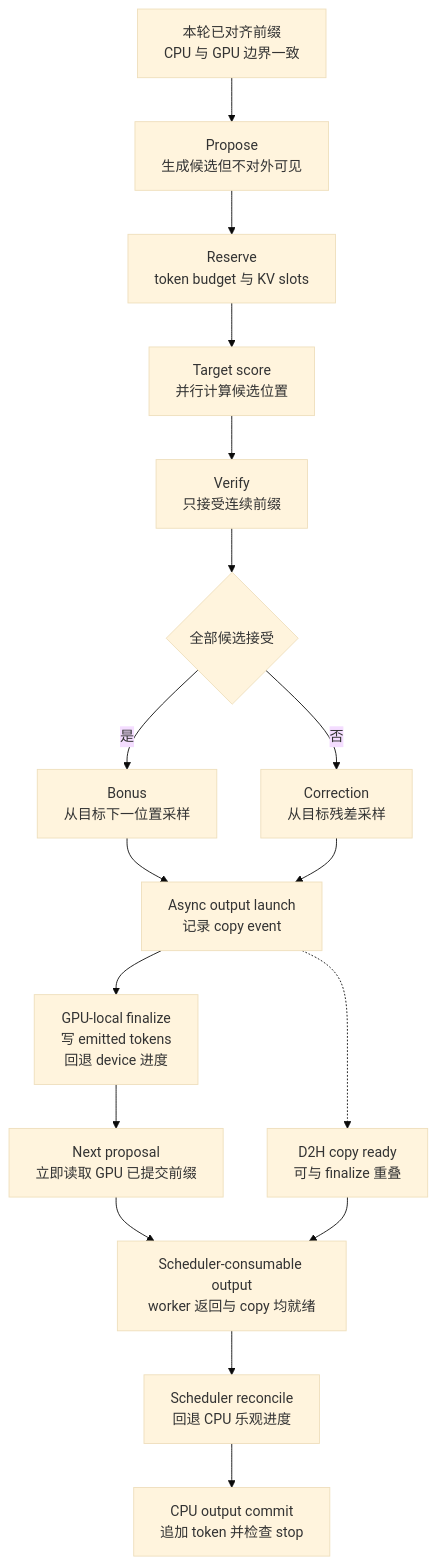
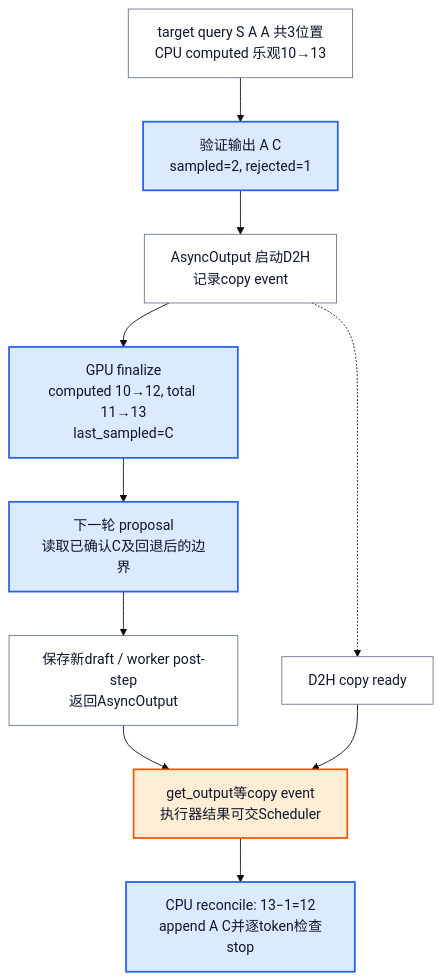
One commit to suhaibo666/llm-knowledge changed the fifth of 6 diagrams in wiki/02_engineering/03_infer_frameworks/vllm/20_vllm_speculative_decoding_analysis.md. Above: the diagram before and after it, drawn with Mermaid (base theme). The commit also changed other lines of this file and 49 other files, not shown here.

````diff
--- a/wiki/02_engineering/03_infer_frameworks/vllm/20_vllm_speculative_decoding_analysis.md
+++ b/wiki/02_engineering/03_infer_frameworks/vllm/20_vllm_speculative_decoding_analysis.md
@@ -49,19 +232,18 @@
 ```mermaid
 flowchart TB
-    P["本轮已对齐前缀<br/>CPU 与 GPU 边界一致"] --> D["Propose<br/>生成候选但不对外可见"]
-    D --> S["Reserve<br/>token budget 与 KV slots"]
-    S --> T["Target score<br/>并行计算候选位置"]
-    T --> V["Verify<br/>只接受连续前缀"]
-    V --> Q{"全部候选接受"}
-    Q -->|是| B["Bonus<br/>从目标下一位置采样"]
-    Q -->|否| R["Correction<br/>从目标残差采样"]
-    B --> E["Async output launch<br/>记录 copy event"]
-    R --> E
-    E --> G["GPU-local finalize<br/>写 emitted tokens<br/>回退 device 进度"]
-    E -.-> O["D2H copy ready<br/>可与 finalize 重叠"]
-    G --> N["Next proposal<br/>立即读取 GPU 已提交前缀"]
-    N --> W["Scheduler-consumable output<br/>worker 返回与 copy 均就绪"]
-    O --> W
-    W --> C["Scheduler reconcile<br/>回退 CPU 乐观进度"]
-    C --> H["CPU output commit<br/>追加 token 并检查 stop"]
+    A["target query S A A 共3位置<br/>CPU computed 乐观10→13"] --> B["验证输出 A C<br/>sampled=2, rejected=1"]
+    B --> L["AsyncOutput 启动D2H<br/>记录copy event"]
+    L --> G["GPU finalize<br/>computed 10→12, total 11→13<br/>last_sampled=C"]
+    L -.-> C["D2H copy ready"]
+    G --> P["下一轮 proposal<br/>读取已确认C及回退后的边界"]
+    P --> W["保存新draft / worker post-step<br/>返回AsyncOutput"]
+    W --> J["get_output等copy event<br/>执行器结果可交Scheduler"]
+    C --> J
+    J --> S["CPU reconcile: 13−1=12<br/>append A C并逐token检查stop"]
+    classDef neutral fill:#ffffff,stroke:#64748b,color:#0f172a
+    classDef acc1 fill:#dbeafe,stroke:#2563eb,color:#0f172a,stroke-width:2px
+    classDef acc2 fill:#ffedd5,stroke:#ea580c,color:#0f172a,stroke-width:2px
+    class A,L,C,W neutral
+    class B,G,P,S acc1
+    class J acc2
 ```
````
